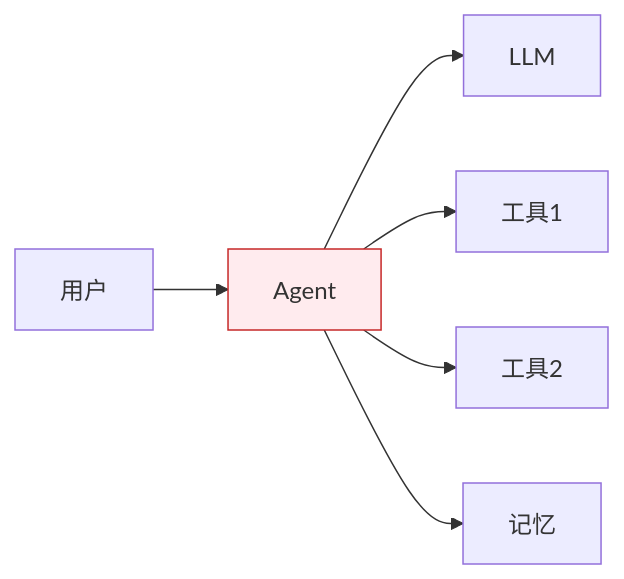
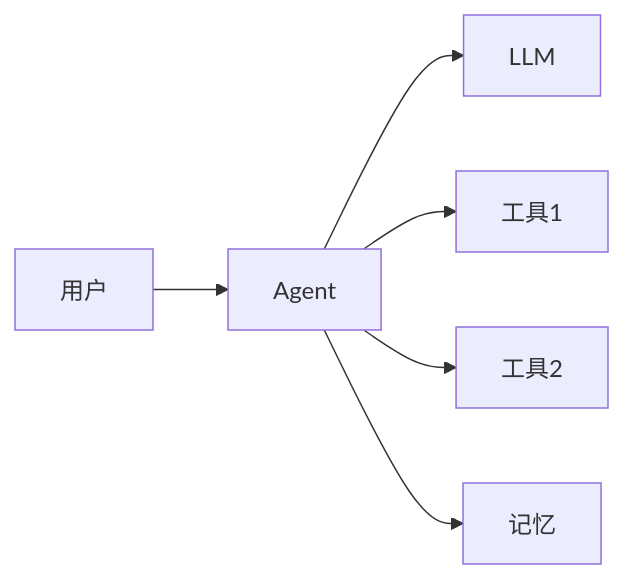
One commit to limenagent/prodagent changed the first of 3 diagrams in docs/topics/observability.md. Above: the diagram before and after it, drawn with Mermaid. The commit also changed 113 other files, not shown here.

````diff
--- a/docs/topics/observability.md
+++ b/docs/topics/observability.md
@@ -9,9 +9,8 @@
 ```mermaid
 graph LR
     U["用户"] --> A["Agent"]
     A --> L["LLM"]
     A --> T1["工具1"]
     A --> T2["工具2"]
     A --> M["记忆"]
-    style A fill:#ffebee,stroke:#c62828
 ```
````
